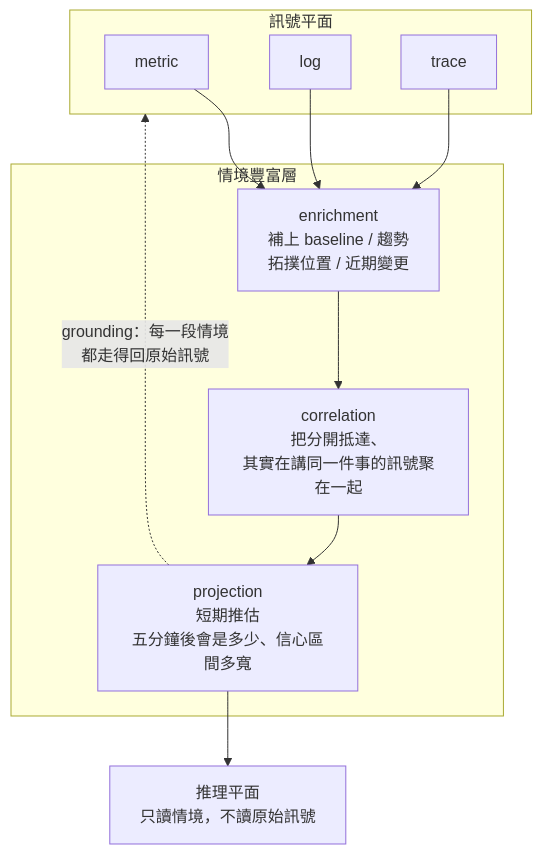
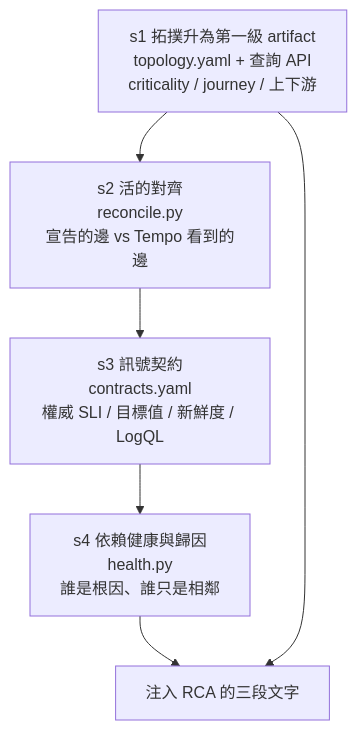
The first of 2 diagrams in weaver-demo/ironman-2026/day18.md (tedmax100/o11y-bench), drawn with Mermaid before and after one commit. The commit also changed other lines of this file and 81 other files, not shown here.

````diff
--- a/weaver-demo/ironman-2026/day18.md
+++ b/weaver-demo/ironman-2026/day18.md
@@ -77,19 +22,10 @@
 ```mermaid
 flowchart TB
-    subgraph SP["訊號平面"]
-        M["metric"]
-        L["log"]
-        T["trace"]
-    end
-    subgraph CEL["情境豐富層"]
-        E["enrichment<br/>補上 baseline / 趨勢<br/>拓撲位置 / 近期變更"]
-        C["correlation<br/>把分開抵達、<br/>其實在講同一件事的訊號聚在一起"]
-        P["projection<br/>短期推估<br/>五分鐘後會是多少、信心區間多寬"]
-    end
-    RP["推理平面<br/>只讀情境，不讀原始訊號"]
-    M --> E
-    L --> E
-    T --> E
-    E --> C --> P --> RP
-    P -.->|"grounding：每一段情境<br/>都走得回原始訊號"| SP
+    S1["s1 拓撲升為第一級 artifact<br/>topology.yaml + 查詢 API<br/>criticality / journey / 上下游"]
+    S2["s2 活的對齊<br/>reconcile.py<br/>宣告的邊 vs Tempo 看到的邊"]
+    S3["s3 訊號契約<br/>contracts.yaml<br/>權威 SLI / 目標值 / 新鮮度 / LogQL"]
+    S4["s4 依賴健康與歸因<br/>health.py<br/>誰是根因、誰只是相鄰"]
+    S1 --> S2 --> S3 --> S4
+    S4 --> OUT["注入 RCA 的三段文字"]
+    S1 --> OUT
 ```
````
